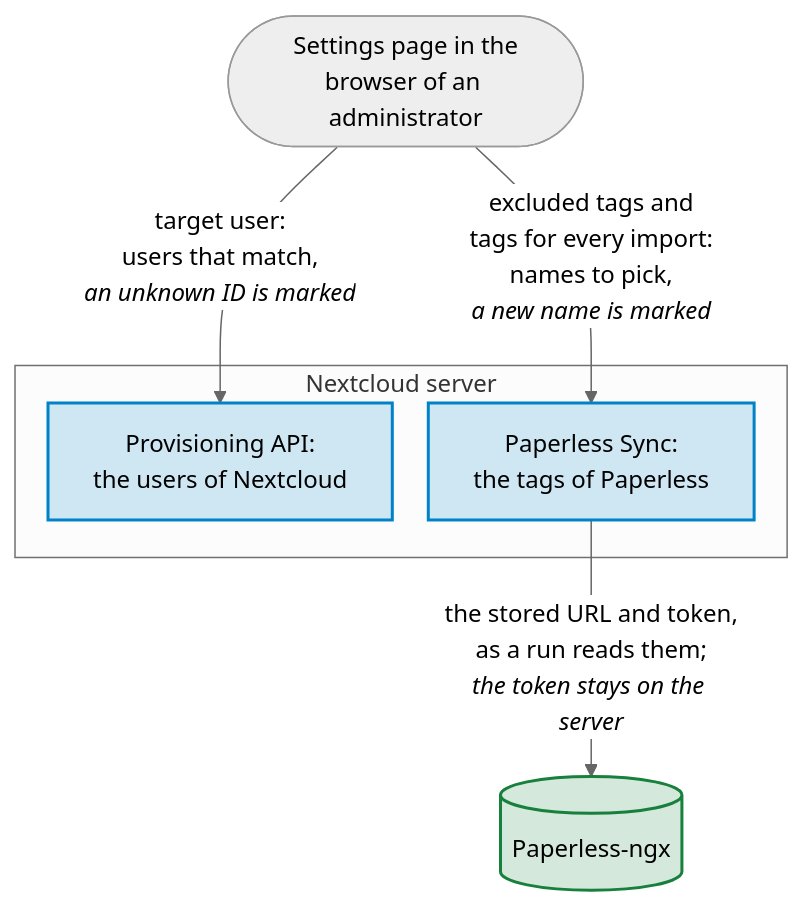
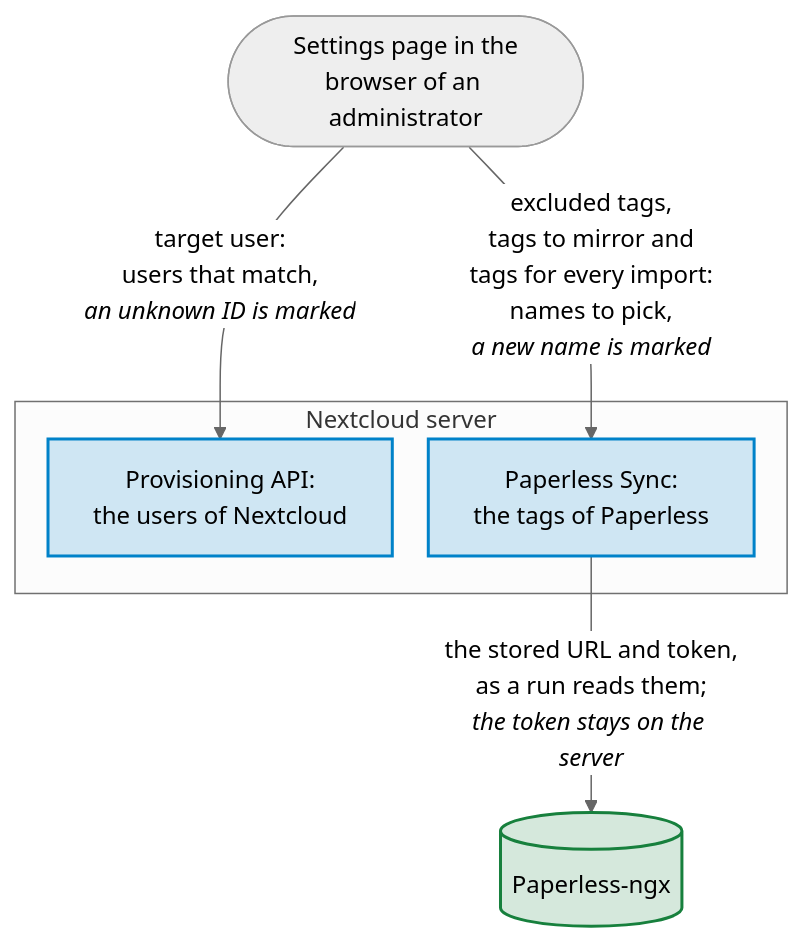
The diagram in docs/diagrams/where-the-pickers-of-the-settings-take-their-names-from.mmd (Dennis-Otto/paperless-sync), drawn with Mermaid (neutral theme) before and after one commit. The commit also changed 69 other files, not shown here.

First line of the commit message:
feat(archive): optionally mirror only documents with chosen tags (#198)

```diff
--- a/docs/diagrams/where-the-pickers-of-the-settings-take-their-names-from.mmd
+++ b/docs/diagrams/where-the-pickers-of-the-settings-take-their-names-from.mmd
@@ -1,24 +1,24 @@
 ---
 config:
   flowchart:
     nodeSpacing: 24
 ---
 flowchart TB
     accTitle: Where the pickers of the settings take their names from
-    accDescr: The field of the target user asks the provisioning API of Nextcloud for the users whose ID, name or e-mail address holds what is typed, and for the user ID that the field names, which it marks when Nextcloud has no such user. The fields of the excluded tags and of the tags for every import ask Paperless Sync, which reads the tags from Paperless-ngx with the stored URL and API token, as a run does; the token stays on the server. A name that Paperless has no tag of can be added too, and is marked as not in Paperless.
+    accDescr: The field of the target user asks the provisioning API of Nextcloud for the users whose ID, name or e-mail address holds what is typed, and for the user ID that the field names, which it marks when Nextcloud has no such user. The fields of the excluded tags, the tags to mirror and the tags for every import ask Paperless Sync, which reads the tags from Paperless-ngx with the stored URL and API token, as a run does; the token stays on the server. A name that Paperless has no tag of can be added too, and is marked as not in Paperless.
 
     page(["Settings page in the<br>browser of an administrator"])
     subgraph nextcloud ["Nextcloud server"]
         users["Provisioning API:<br>the users of Nextcloud"]
         app["Paperless Sync:<br>the tags of Paperless"]
     end
     paperless[("Paperless-ngx")]
 
     page -- "`target user:<br>users that match,<br>*an unknown ID is marked*`" --> users
-    page -- "`excluded tags and<br>tags for every import:<br>names to pick,<br>*a new name is marked*`" --> app
+    page -- "`excluded tags,<br>tags to mirror and<br>tags for every import:<br>names to pick,<br>*a new name is marked*`" --> app
     app -- "`the stored URL and token,<br>as a run reads them;<br>*the token stays on the server*`" --> paperless
 
     classDef paperless fill:#17803d2e,stroke:#17803d,stroke-width:2px
     classDef nextcloud fill:#0082c92e,stroke:#0082c9,stroke-width:2px
     class paperless paperless
     class users,app nextcloud
```
